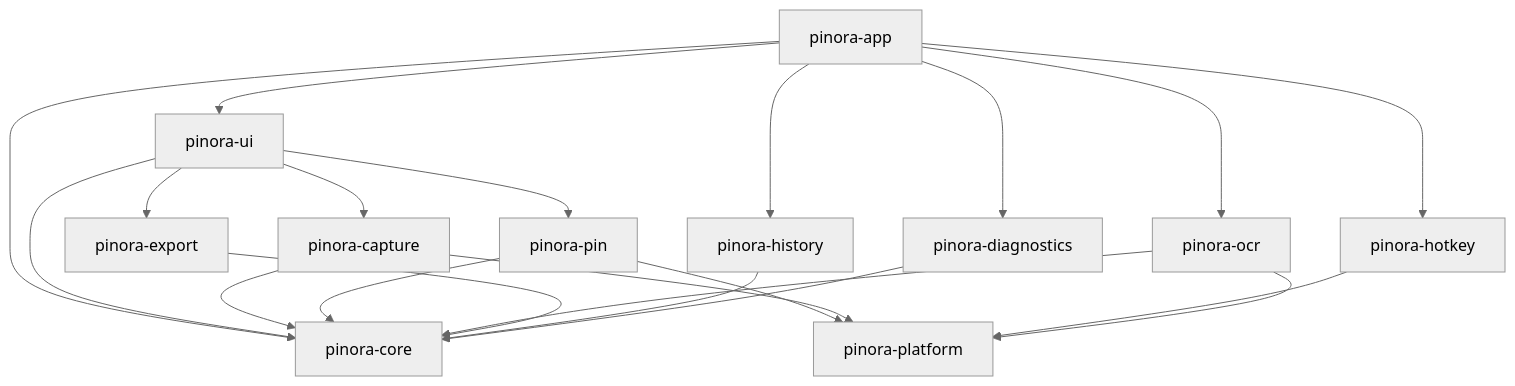
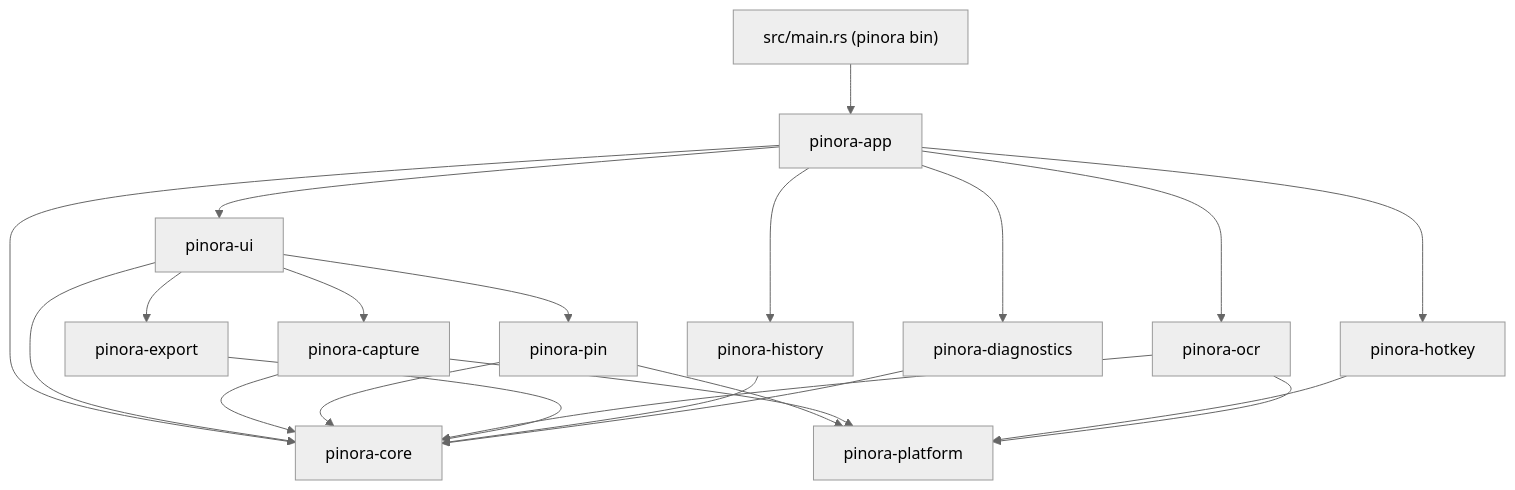
Diagram 17 of 17 in docs/Pinora-开发设计文档.md (yhyzgn/pinora), drawn with Mermaid (neutral theme) before and after one commit. The commit also changed other lines of this file and 21 other files, not shown here.

````diff
--- a/docs/Pinora-开发设计文档.md
+++ b/docs/Pinora-开发设计文档.md
@@ -940,23 +944,24 @@
 ```mermaid
 graph TD
-    App[pinora-app] --> UI[pinora-ui]
+    Main["src/main.rs (pinora bin)"] --> App[pinora-app]
+    App --> UI[pinora-ui]
     App --> Core[pinora-core]
     UI --> Core
     UI --> Capture[pinora-capture]
     UI --> Pin[pinora-pin]
     UI --> Export[pinora-export]
     Capture --> Core
     Pin --> Core
     Pin --> Platform[pinora-platform]
     Capture --> Platform
     Hotkey[pinora-hotkey] --> Platform
     Ocr[pinora-ocr] --> Core
     Ocr --> Platform
     Export --> Core
     History[pinora-history] --> Core
     Diagnostics[pinora-diagnostics] --> Core
     App --> Hotkey
     App --> Ocr
     App --> History
     App --> Diagnostics
 ```
````
